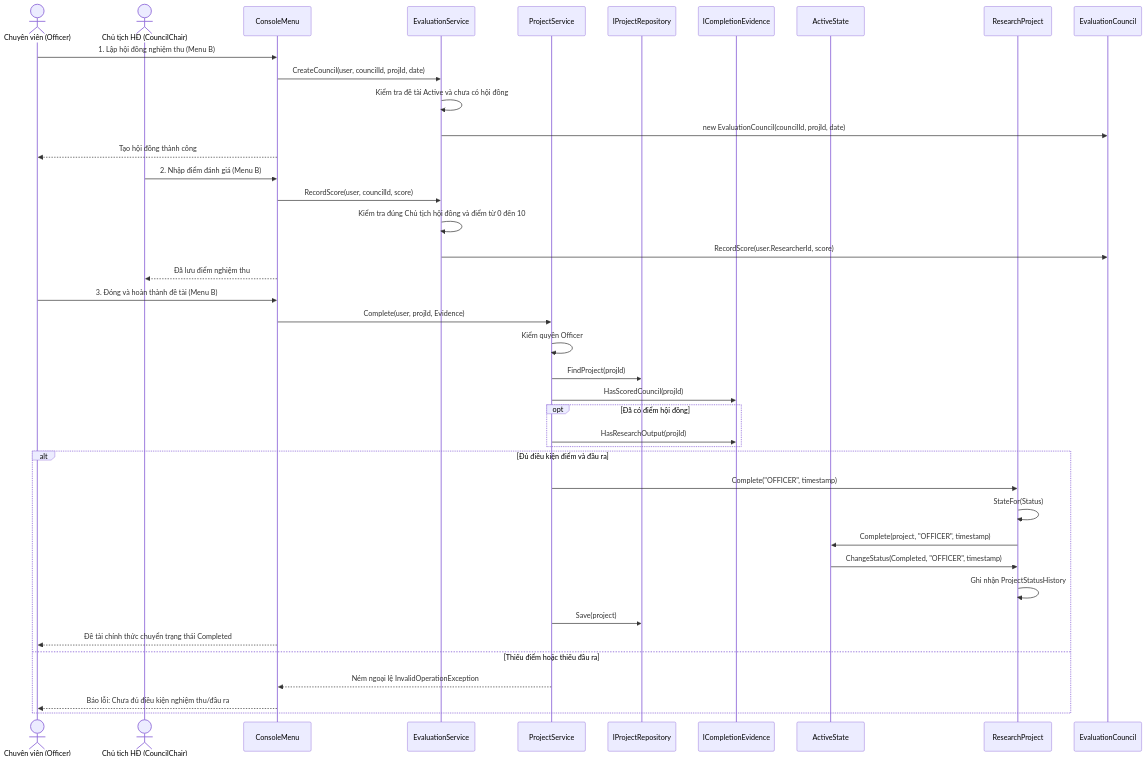
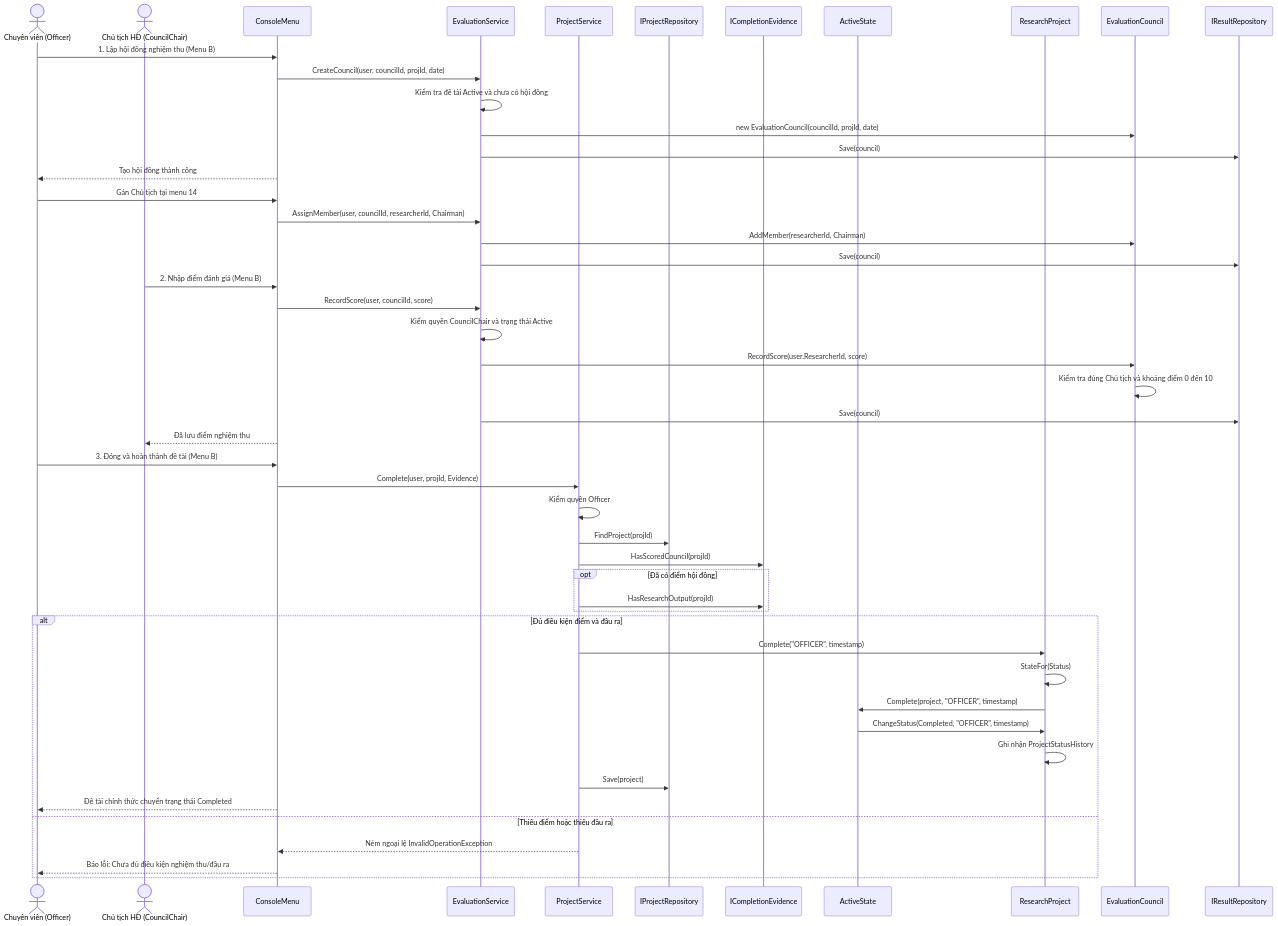
Before and after one commit to PKT-zZ/QLNCKH_OOP_FINAL: the ninth of 10 diagrams in docs/uml.md, drawn with Mermaid. The commit also changed other lines of this file and 15 other files, not shown here.

````diff
--- a/docs/uml.md
+++ b/docs/uml.md
@@ -649,49 +650,57 @@
 ```mermaid
 sequenceDiagram
     actor CV as Chuyên viên (Officer)
     actor CT as Chủ tịch HĐ (CouncilChair)
     participant UI as ConsoleMenu
     participant ES as EvaluationService
     participant PS as ProjectService
     participant Repo as IProjectRepository
     participant Evidence as ICompletionEvidence
     participant State as ActiveState
     participant P as ResearchProject
     participant C as EvaluationCouncil
+    participant Results as IResultRepository
 
     %% UC05: Lập hội đồng
     CV->>UI: 1. Lập hội đồng nghiệm thu (Menu B)
     UI->>ES: CreateCouncil(user, councilId, projId, date)
     ES->>ES: Kiểm tra đề tài Active và chưa có hội đồng
     ES->>C: new EvaluationCouncil(councilId, projId, date)
+    ES->>Results: Save(council)
     UI-->>CV: Tạo hội đồng thành công
+    CV->>UI: Gán Chủ tịch tại menu 14
+    UI->>ES: AssignMember(user, councilId, researcherId, Chairman)
+    ES->>C: AddMember(researcherId, Chairman)
+    ES->>Results: Save(council)
 
     %% UC06: Ghi điểm nghiệm thu
     CT->>UI: 2. Nhập điểm đánh giá (Menu B)
     UI->>ES: RecordScore(user, councilId, score)
-    ES->>ES: Kiểm tra đúng Chủ tịch hội đồng và điểm từ 0 đến 10
+    ES->>ES: Kiểm quyền CouncilChair và trạng thái Active
     ES->>C: RecordScore(user.ResearcherId, score)
+    C->>C: Kiểm tra đúng Chủ tịch và khoảng điểm 0 đến 10
+    ES->>Results: Save(council)
     UI-->>CT: Đã lưu điểm nghiệm thu
 
     %% UC06: Hoàn thành đề tài
     CV->>UI: 3. Đóng và hoàn thành đề tài (Menu B)
     UI->>PS: Complete(user, projId, Evidence)
     PS->>PS: Kiểm quyền Officer
     PS->>Repo: FindProject(projId)
     PS->>Evidence: HasScoredCouncil(projId)
     opt Đã có điểm hội đồng
         PS->>Evidence: HasResearchOutput(projId)
     end
     alt Đủ điều kiện điểm và đầu ra
         PS->>P: Complete("OFFICER", timestamp)
         P->>P: StateFor(Status)
         P->>State: Complete(project, "OFFICER", timestamp)
         State->>P: ChangeStatus(Completed, "OFFICER", timestamp)
         P->>P: Ghi nhận ProjectStatusHistory
         PS->>Repo: Save(project)
         UI-->>CV: Đề tài chính thức chuyển trạng thái Completed
     else Thiếu điểm hoặc thiếu đầu ra
         PS-->>UI: Ném ngoại lệ InvalidOperationException
         UI-->>CV: Báo lỗi: Chưa đủ điều kiện nghiệm thu/đầu ra
     end
 ```
````
